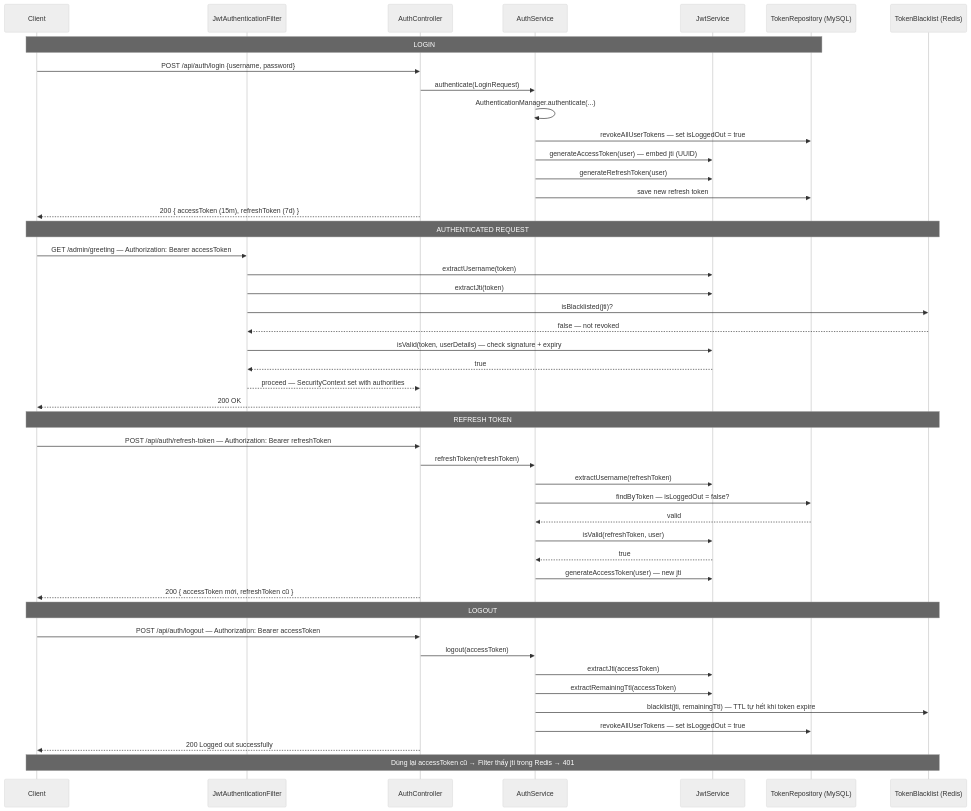
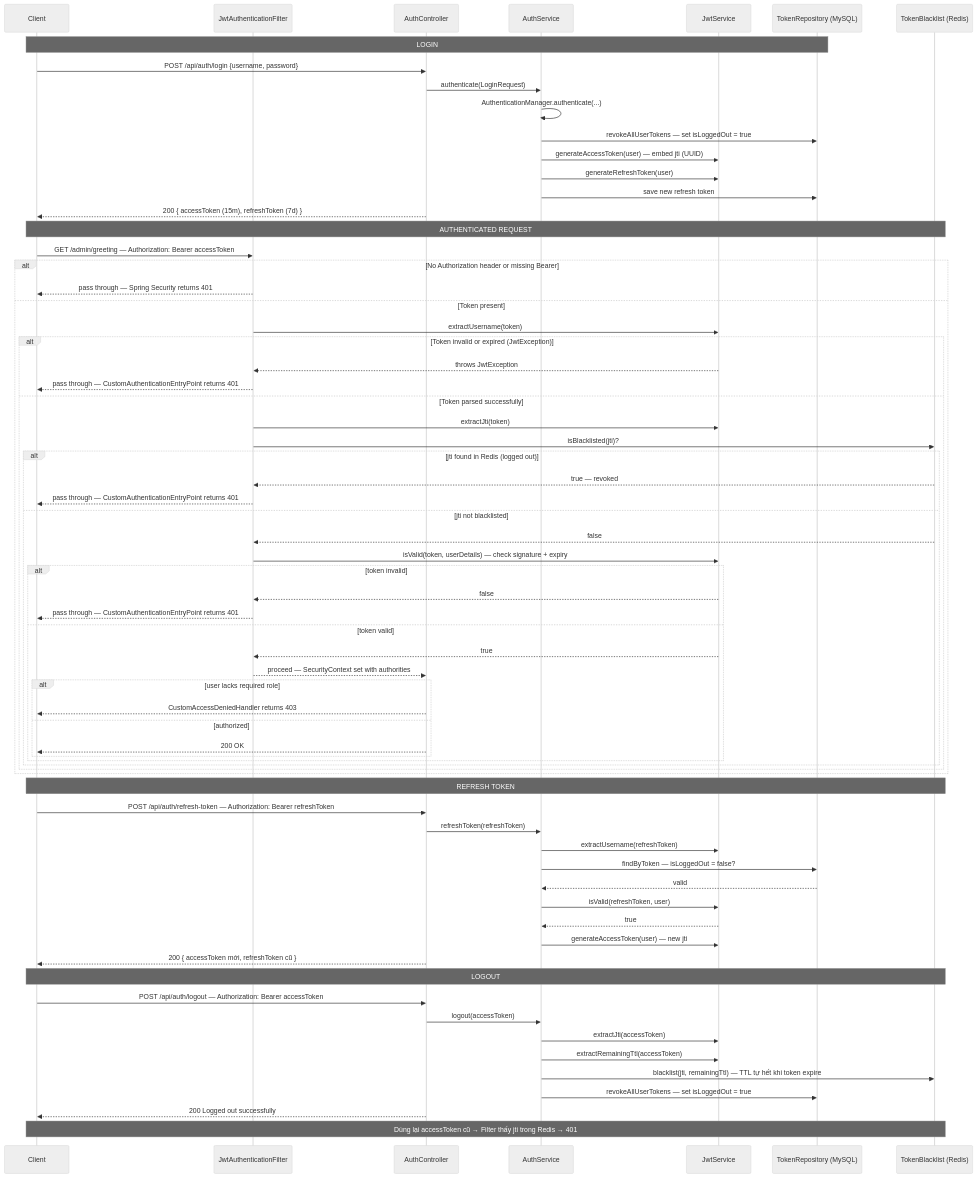
The third of 3 diagrams in README.md (maaitlunghau/java-spring-ecosystem-fundamentals), drawn with Mermaid (neutral theme) before and after one commit.

Commit message:
docs: add filter rejection paths to jwt auth flow diagram

````diff
--- a/README.md
+++ b/README.md
@@ -229,52 +229,75 @@
 ```mermaid
 sequenceDiagram
     participant C as Client
     participant F as JwtAuthenticationFilter
     participant AC as AuthController
     participant AS as AuthService
     participant JS as JwtService
     participant DB as TokenRepository (MySQL)
     participant RD as TokenBlacklist (Redis)
 
     Note over C,DB: LOGIN
     C->>AC: POST /api/auth/login {username, password}
     AC->>AS: authenticate(LoginRequest)
     AS->>AS: AuthenticationManager.authenticate(...)
     AS->>DB: revokeAllUserTokens — set isLoggedOut = true
     AS->>JS: generateAccessToken(user) — embed jti (UUID)
     AS->>JS: generateRefreshToken(user)
     AS->>DB: save new refresh token
     AC-->>C: 200 { accessToken (15m), refreshToken (7d) }
 
     Note over C,RD: AUTHENTICATED REQUEST
     C->>F: GET /admin/greeting — Authorization: Bearer accessToken
-    F->>JS: extractUsername(token)
-    F->>JS: extractJti(token)
-    F->>RD: isBlacklisted(jti)?
-    RD-->>F: false — not revoked
-    F->>JS: isValid(token, userDetails) — check signature + expiry
-    JS-->>F: true
-    F-->>AC: proceed — SecurityContext set with authorities
-    AC-->>C: 200 OK
+    alt No Authorization header or missing Bearer
+        F-->>C: pass through — Spring Security returns 401
+    else Token present
+        F->>JS: extractUsername(token)
+        alt Token invalid or expired (JwtException)
+            JS-->>F: throws JwtException
+            F-->>C: pass through — CustomAuthenticationEntryPoint returns 401
+        else Token parsed successfully
+            F->>JS: extractJti(token)
+            F->>RD: isBlacklisted(jti)?
+            alt jti found in Redis (logged out)
+                RD-->>F: true — revoked
+                F-->>C: pass through — CustomAuthenticationEntryPoint returns 401
+            else jti not blacklisted
+                RD-->>F: false
+                F->>JS: isValid(token, userDetails) — check signature + expiry
+                alt token invalid
+                    JS-->>F: false
+                    F-->>C: pass through — CustomAuthenticationEntryPoint returns 401
+                else token valid
+                    JS-->>F: true
+                    F-->>AC: proceed — SecurityContext set with authorities
+                    alt user lacks required role
+                        AC-->>C: CustomAccessDeniedHandler returns 403
+                    else authorized
+                        AC-->>C: 200 OK
+                    end
+                end
+            end
+        end
+    end
 
     Note over C,RD: REFRESH TOKEN
     C->>AC: POST /api/auth/refresh-token — Authorization: Bearer refreshToken
     AC->>AS: refreshToken(refreshToken)
     AS->>JS: extractUsername(refreshToken)
     AS->>DB: findByToken — isLoggedOut = false?
     DB-->>AS: valid
     AS->>JS: isValid(refreshToken, user)
     JS-->>AS: true
     AS->>JS: generateAccessToken(user) — new jti
     AC-->>C: 200 { accessToken mới, refreshToken cũ }
 
     Note over C,RD: LOGOUT
     C->>AC: POST /api/auth/logout — Authorization: Bearer accessToken
     AC->>AS: logout(accessToken)
     AS->>JS: extractJti(accessToken)
     AS->>JS: extractRemainingTtl(accessToken)
     AS->>RD: blacklist(jti, remainingTtl) — TTL tự hết khi token expire
     AS->>DB: revokeAllUserTokens — set isLoggedOut = true
     AC-->>C: 200 Logged out successfully
     Note over C,RD: Dùng lại accessToken cũ → Filter thấy jti trong Redis → 401
 ```
````
